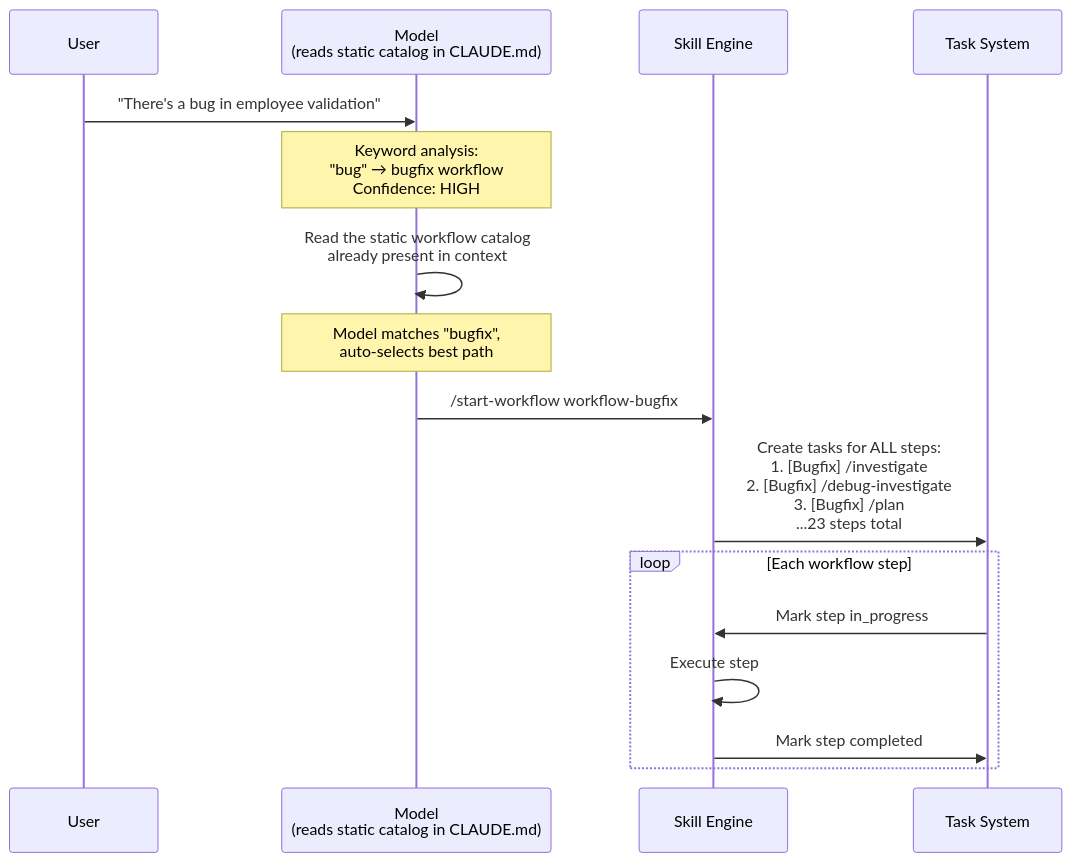
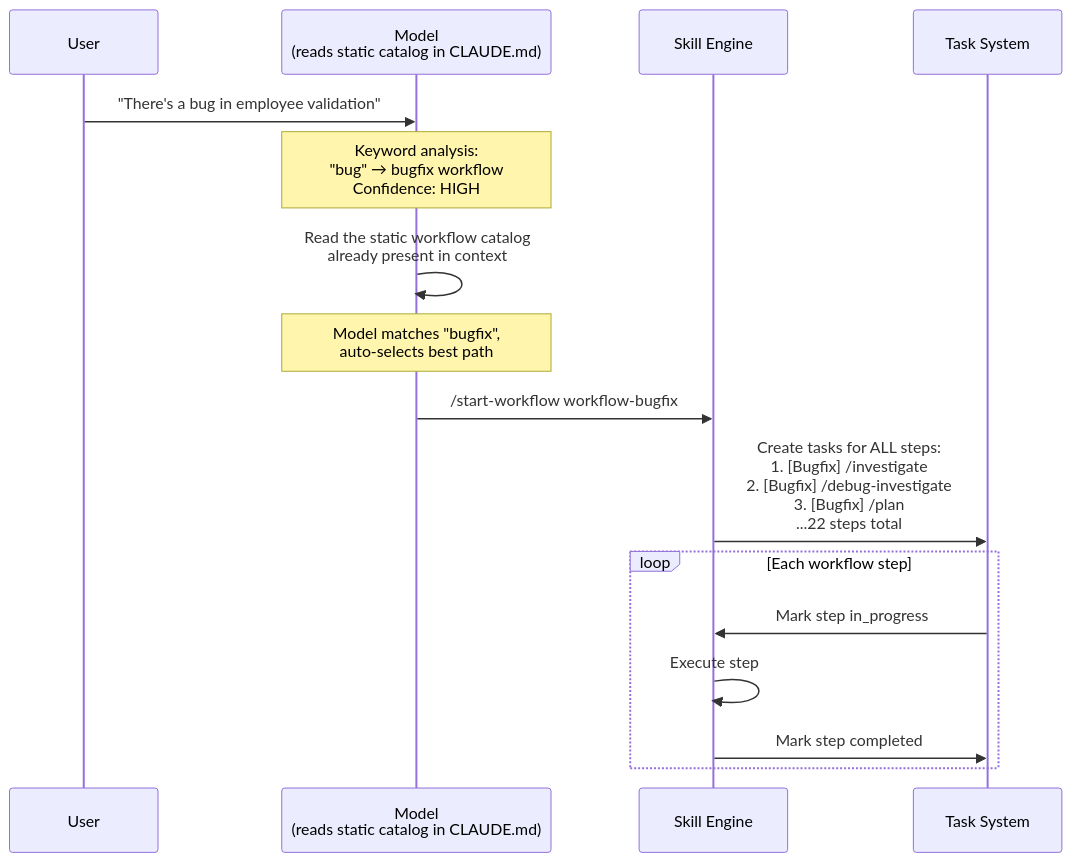
The seventh of 20 diagrams in .claude/docs/claude-ai-agent-framework-guide.md (duc01226/easy-claude), drawn with Mermaid before and after one commit. The commit also changed other lines of this file and 910 other files, not shown here.

````diff
--- a/.claude/docs/claude-ai-agent-framework-guide.md
+++ b/.claude/docs/claude-ai-agent-framework-guide.md
@@ -825,25 +822,25 @@
 ```mermaid
 sequenceDiagram
     participant User
     participant Model as Model<br/>(reads static catalog in CLAUDE.md)
     participant Skill as Skill Engine
     participant Todo as Task System
 
     User->>Model: "There's a bug in employee validation"
 
     Note over Model: Keyword analysis:<br/>"bug" → bugfix workflow<br/>Confidence: HIGH
 
     Model->>Model: Read the static workflow catalog<br/>already present in context
 
     Note over Model: Model matches "bugfix",<br/>auto-selects best path
 
     Model->>Skill: /start-workflow workflow-bugfix
 
-    Skill->>Todo: Create tasks for ALL steps:<br/>1. [Bugfix] /investigate<br/>2. [Bugfix] /debug-investigate<br/>3. [Bugfix] /plan<br/>...23 steps total
+    Skill->>Todo: Create tasks for ALL steps:<br/>1. [Bugfix] /investigate<br/>2. [Bugfix] /debug-investigate<br/>3. [Bugfix] /plan<br/>...22 steps total
 
     loop Each workflow step
         Todo->>Skill: Mark step in_progress
         Skill->>Skill: Execute step
         Skill->>Todo: Mark step completed
     end
 ```
````
